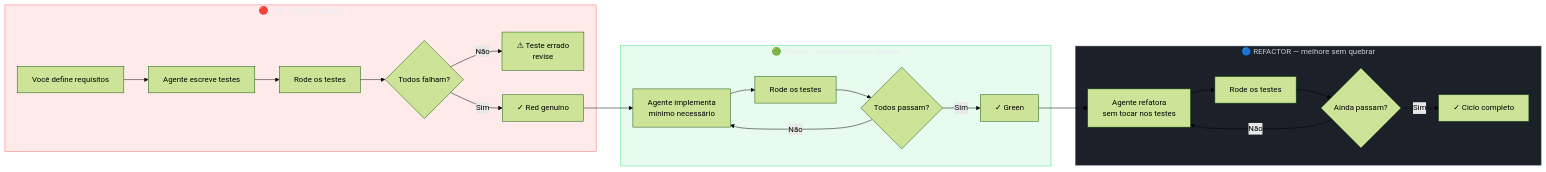
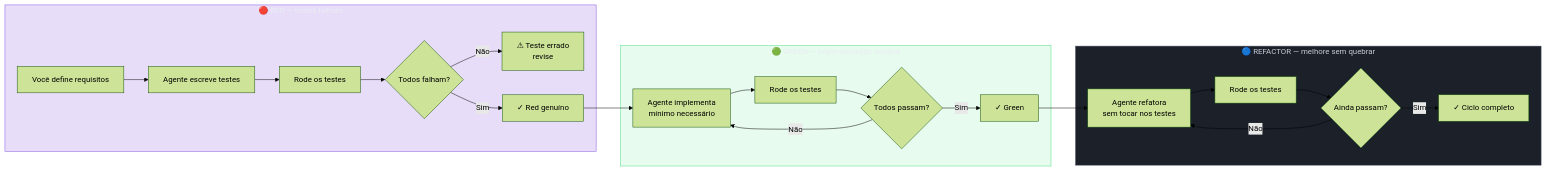
One commit to josenaldo/codex-technomanticus changed the diagram in 03-Dominios/Tecnologia/IA/Claude Code/Workflows/02 - TDD com Claude Code.md. Above: the diagram before and after it, drawn with Mermaid (forest theme). The commit also changed 601 other files, not shown here.

````diff
--- a/03-Dominios/Tecnologia/IA/Claude Code/Workflows/02 - TDD com Claude Code.md
+++ b/03-Dominios/Tecnologia/IA/Claude Code/Workflows/02 - TDD com Claude Code.md
@@ -48,33 +48,33 @@
 ```mermaid
 flowchart LR
-    classDef falha fill:#FF6B6B24,stroke:#FF6B6B,color:#E9ECF2
+    classDef marca fill:#8855DF33,stroke:#8855DF,color:#E9ECF2
     classDef ok fill:#4ADE8021,stroke:#4ADE80,color:#E9ECF2
     classDef neutro fill:#1B2029,stroke:#4E5666,color:#C6CCD8
     subgraph RED ["🔴 RED — testes falham"]
         A[Você define requisitos] --> B[Agente escreve testes]
         B --> C[Rode os testes]
         C --> D{Todos falham?}
         D -- Não --> E[⚠ Teste errado\nrevise]
         D -- Sim --> F[✓ Red genuíno]
     end
 
     subgraph GREEN ["🟢 GREEN — implementação mínima"]
         F --> G[Agente implementa\nmínimo necessário]
         G --> H[Rode os testes]
         H --> I{Todos passam?}
         I -- Não --> G
         I -- Sim --> J[✓ Green]
     end
 
     subgraph REFACTOR ["🔵 REFACTOR — melhore sem quebrar"]
         J --> K[Agente refatora\nsem tocar nos testes]
         K --> L[Rode os testes]
         L --> M{Ainda passam?}
         M -- Não --> K
         M -- Sim --> N[✓ Ciclo completo]
     end
 
-    class RED falha
+    class RED marca
     class GREEN ok
     class REFACTOR neutro
 ```
````
